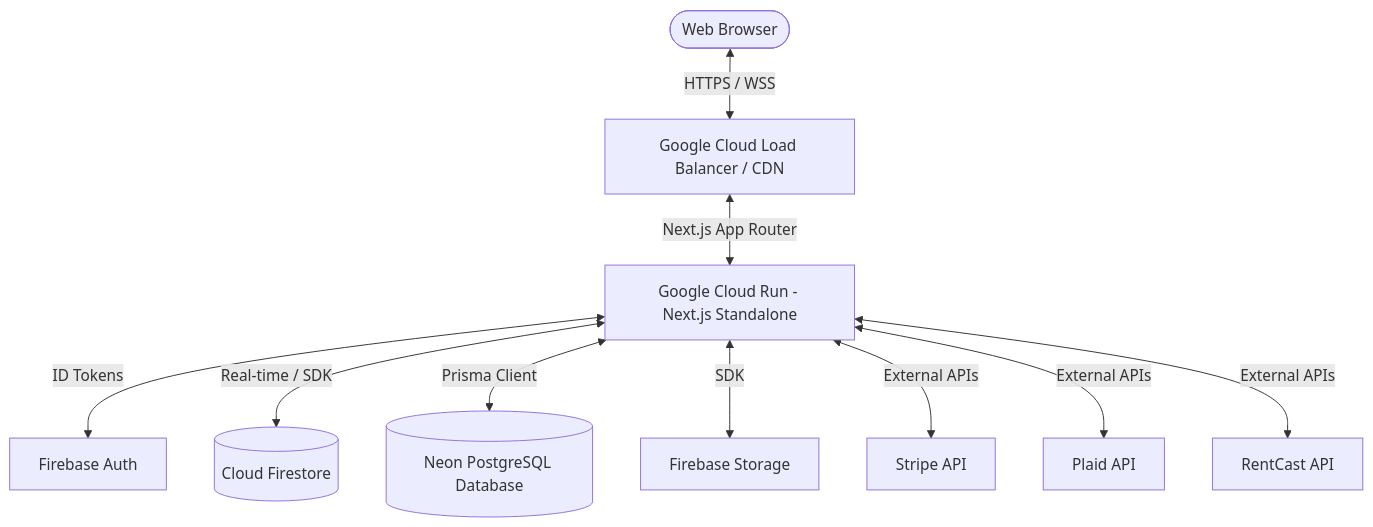
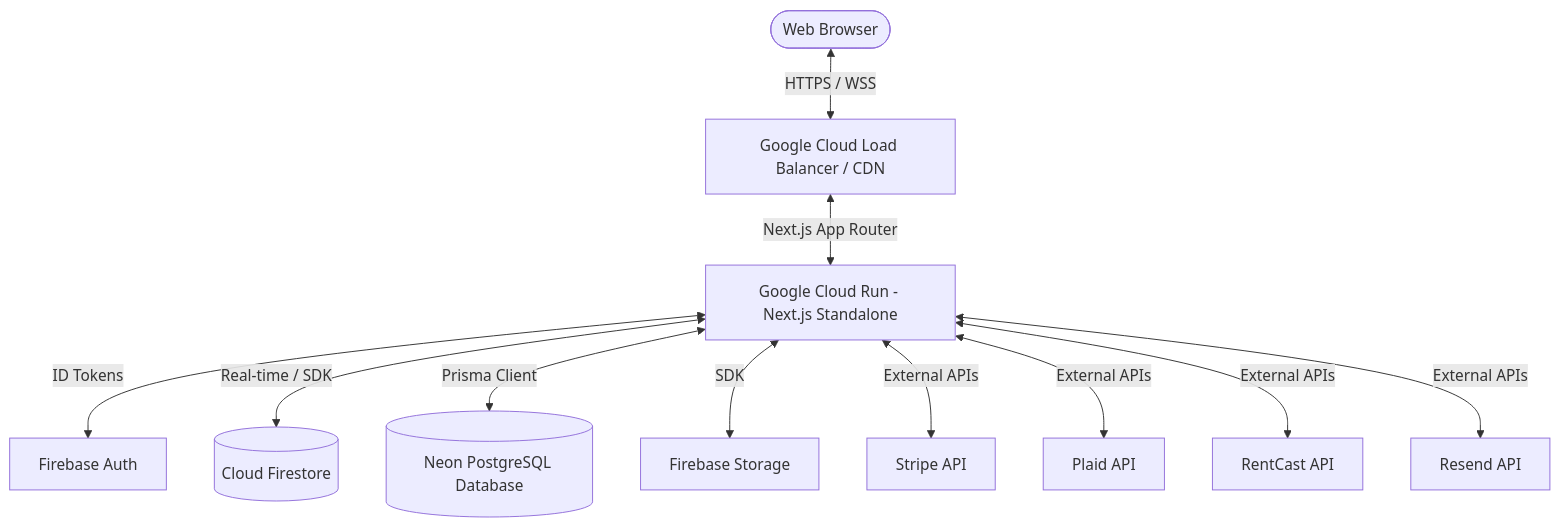
The diagram in paperworking_technical_spec.md (YvesDarbouze/PaperWorking), drawn with Mermaid before and after one commit. The commit also changed other lines of this file and 379 other files, not shown here.

````diff
--- a/paperworking_technical_spec.md
+++ b/paperworking_technical_spec.md
@@ -37,12 +37,13 @@
 ```mermaid
 graph TD
     User([Web Browser]) <--> |HTTPS / WSS| CDN[Google Cloud Load Balancer / CDN]
     CDN <--> |Next.js App Router| CR[Google Cloud Run - Next.js Standalone]
     CR <--> |ID Tokens| Auth[Firebase Auth]
     CR <--> |Real-time / SDK| Firestore[(Cloud Firestore)]
     CR <--> |Prisma Client| PG[(Neon PostgreSQL Database)]
     CR <--> |SDK| Storage[Firebase Storage]
     CR <--> |External APIs| Stripe[Stripe API]
     CR <--> |External APIs| Plaid[Plaid API]
     CR <--> |External APIs| RentCast[RentCast API]
+    CR <--> |External APIs| Resend[Resend API]
 ```
````
